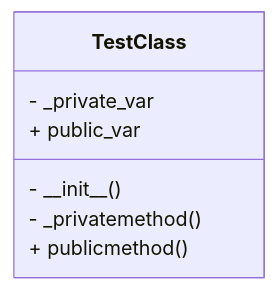
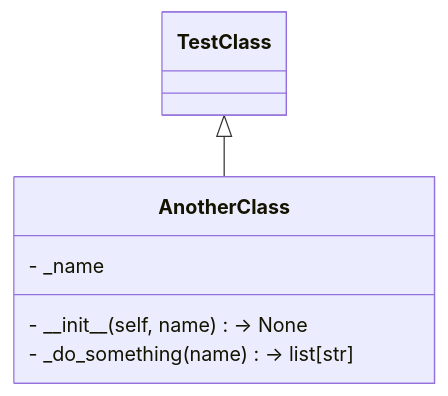
The second of 3 diagrams in class_diagrams.md (FabianGnatzig/MermaidGenerator), drawn with Mermaid before and after one commit. The commit also changed other lines of this file, not shown here.

Commit message:
docs: updated class diagram

````diff
--- a/class_diagrams.md
+++ b/class_diagrams.md
@@ -21,10 +17,9 @@
 ```mermaid
 classDiagram
-    class TestClass {
-- \_private\_var
-+ public_var
-- \_\_init\_\_()
-- \_privatemethod()
-+ publicmethod()
+TestClass <|-- AnotherClass
+    class AnotherClass {
+- \_name
+- \_\_init\_\_(self, name) -> None
+- \_do\_something(name) -> list[str]
 }
 ```
````
